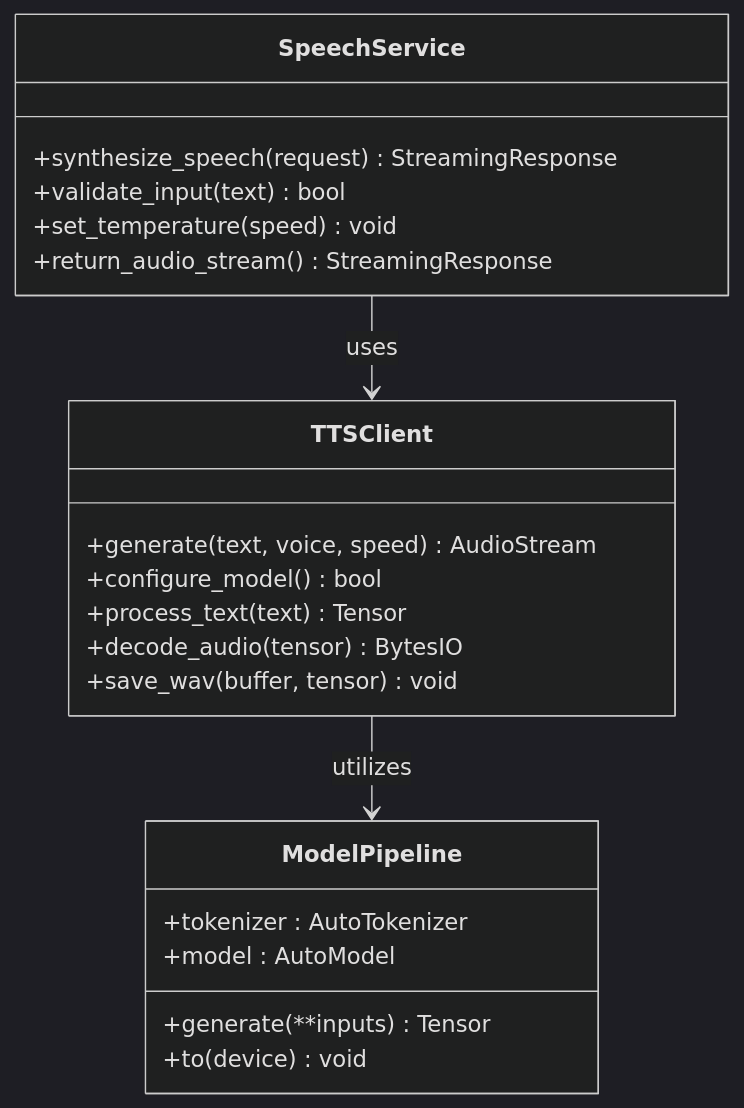
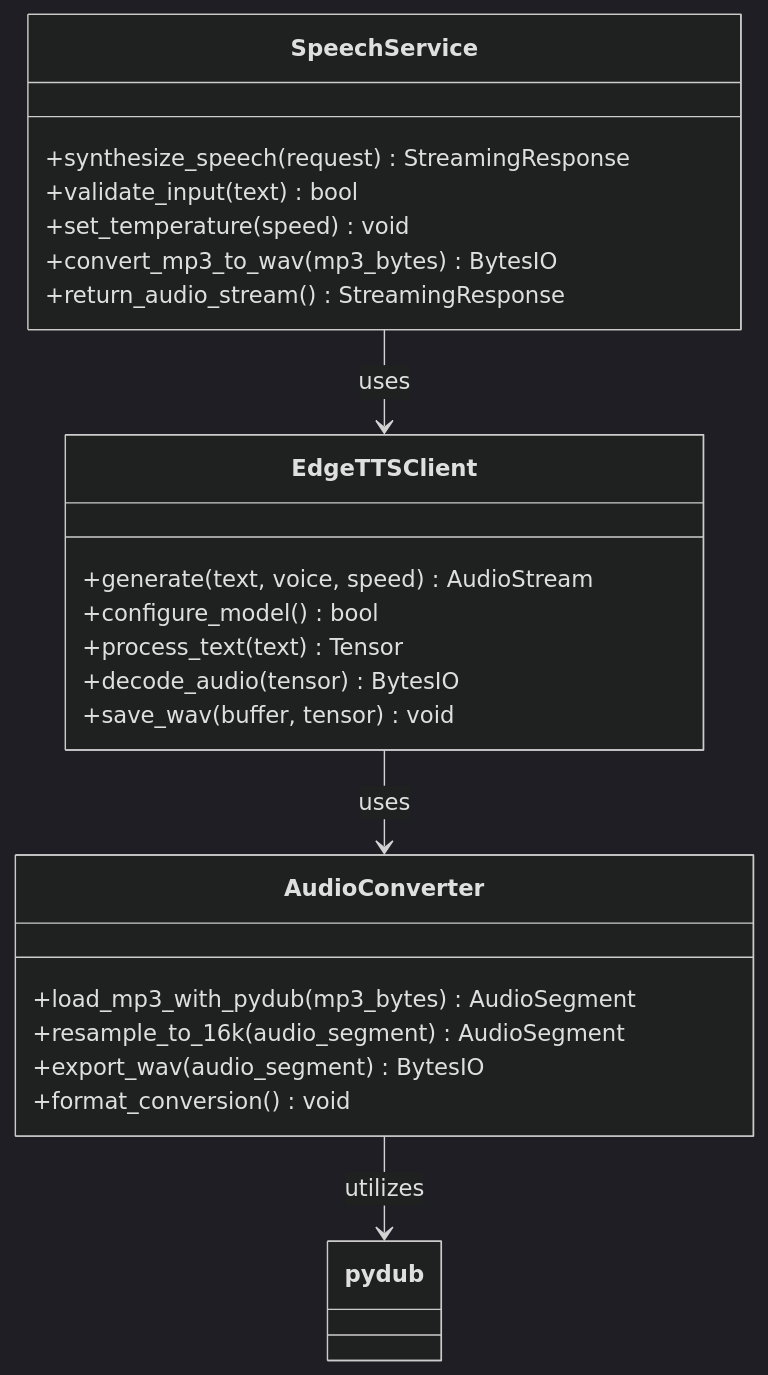
Before and after one commit to Revanththetalogics/aireume: the eighth of 12 diagrams in .qoder/repowiki/en/content/Deployment & DevOps/Speech Service Microservice.md, drawn with Mermaid (dark theme). The commit also changed other lines of this file and 118 other files, not shown here.

````diff
--- a/.qoder/repowiki/en/content/Deployment & DevOps/Speech Service Microservice.md
+++ b/.qoder/repowiki/en/content/Deployment & DevOps/Speech Service Microservice.md
@@ -341,24 +395,26 @@
 ```mermaid
 classDiagram
-class TTSClient {
+class EdgeTTSClient {
 +generate(text, voice, speed) AudioStream
 +configure_model() bool
 +process_text(text) Tensor
 +decode_audio(tensor) BytesIO
 +save_wav(buffer, tensor) void
 }
 class SpeechService {
 +synthesize_speech(request) StreamingResponse
 +validate_input(text) bool
 +set_temperature(speed) void
++convert_mp3_to_wav(mp3_bytes) BytesIO
 +return_audio_stream() StreamingResponse
 }
-class ModelPipeline {
-+tokenizer : AutoTokenizer
-+model : AutoModel
-+generate(**inputs) Tensor
-+to(device) void
+class AudioConverter {
++load_mp3_with_pydub(mp3_bytes) AudioSegment
++resample_to_16k(audio_segment) AudioSegment
++export_wav(audio_segment) BytesIO
++format_conversion() void
 }
-SpeechService --> TTSClient : uses
-TTSClient --> ModelPipeline : utilizes
+EdgeTTSClient --> AudioConverter : uses
+SpeechService --> EdgeTTSClient : uses
+AudioConverter --> pydub : utilizes
 ```
````
